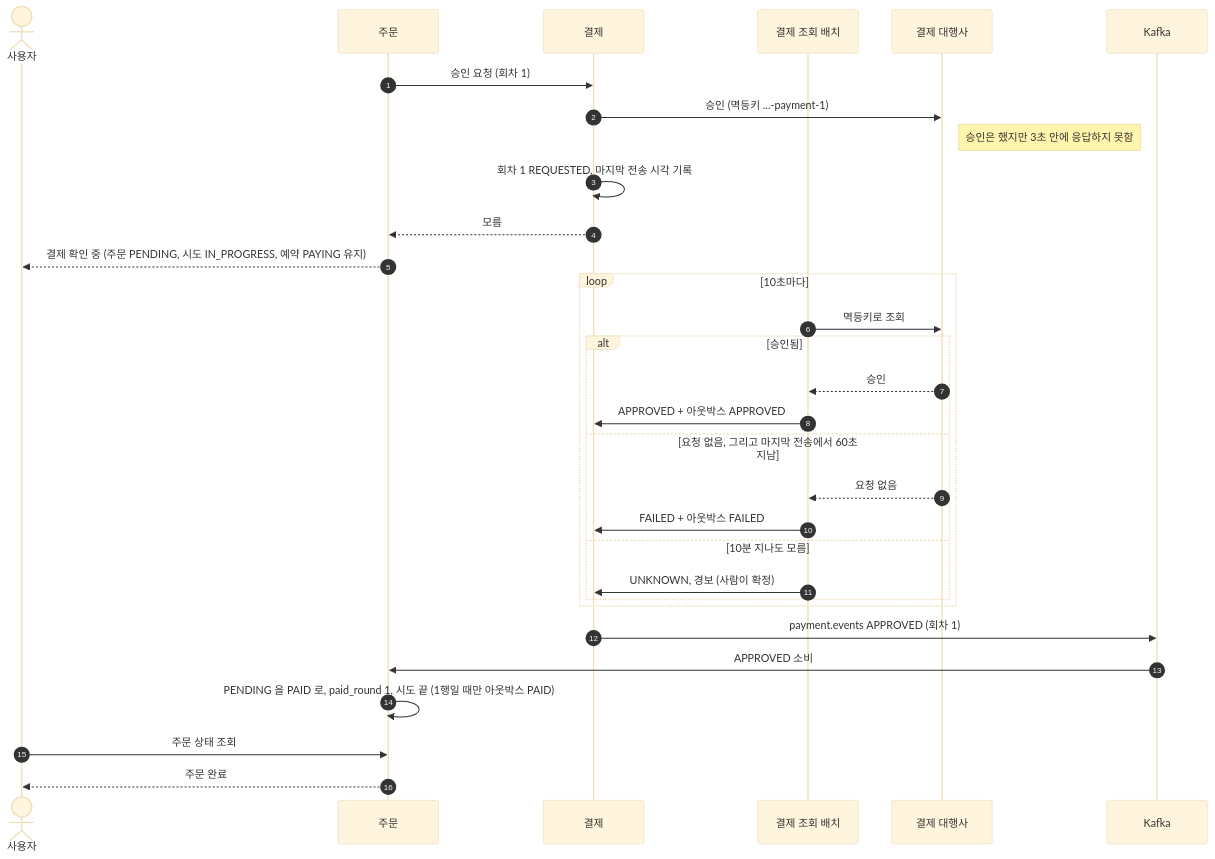
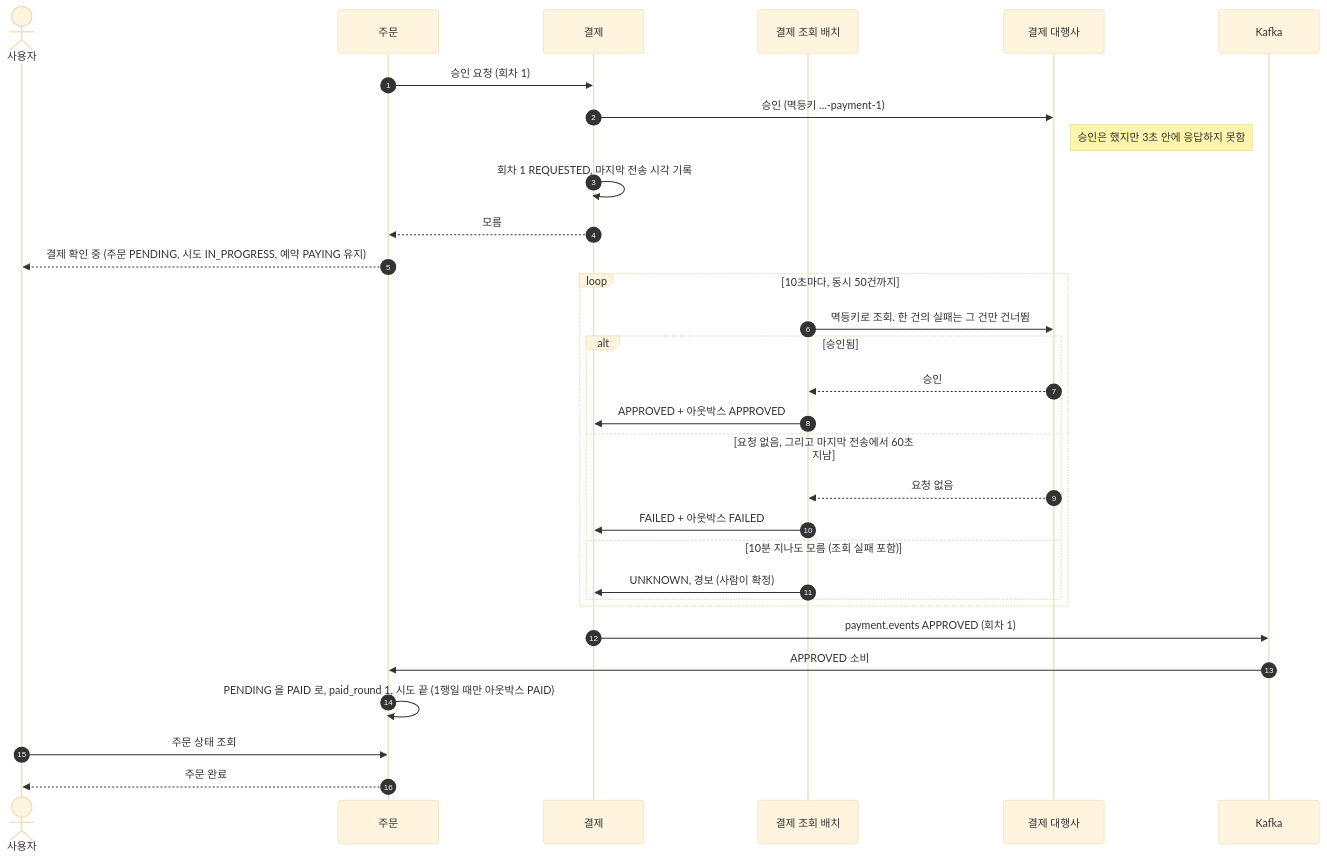
Before and after one commit to Bamdule/dawn-delivery-commerce: the third of 6 diagrams in docs/sequence/01-주문과-결제.md, drawn with Mermaid (base theme). The commit also changed other lines of this file and 12 other files, not shown here.

````diff
--- a/docs/sequence/01-주문과-결제.md
+++ b/docs/sequence/01-주문과-결제.md
@@ -106,36 +106,36 @@
 ```mermaid
 sequenceDiagram
     autonumber
     actor 사용자
     participant 주문
     participant 결제
     participant 조회배치 as 결제 조회 배치
     participant 대행사 as 결제 대행사
     participant 카프카 as Kafka
 
     주문->>결제: 승인 요청 (회차 1)
     결제->>대행사: 승인 (멱등키 ...-payment-1)
     Note right of 대행사: 승인은 했지만 3초 안에 응답하지 못함
     결제->>결제: 회차 1 REQUESTED, 마지막 전송 시각 기록
     결제-->>주문: 모름
     주문-->>사용자: 결제 확인 중 (주문 PENDING, 시도 IN_PROGRESS, 예약 PAYING 유지)
 
-    loop 10초마다
-        조회배치->>대행사: 멱등키로 조회
+    loop 10초마다, 동시 50건까지
+        조회배치->>대행사: 멱등키로 조회. 한 건의 실패는 그 건만 건너뜀
         alt 승인됨
             대행사-->>조회배치: 승인
             조회배치->>결제: APPROVED + 아웃박스 APPROVED
         else 요청 없음, 그리고 마지막 전송에서 60초 지남
             대행사-->>조회배치: 요청 없음
             조회배치->>결제: FAILED + 아웃박스 FAILED
-        else 10분 지나도 모름
+        else 10분 지나도 모름 (조회 실패 포함)
             조회배치->>결제: UNKNOWN, 경보 (사람이 확정)
         end
     end
 
     결제->>카프카: payment.events APPROVED (회차 1)
     카프카->>주문: APPROVED 소비
     주문->>주문: PENDING 을 PAID 로, paid_round 1, 시도 끝 (1행일 때만 아웃박스 PAID)
     사용자->>주문: 주문 상태 조회
     주문-->>사용자: 주문 완료
 ```
````
